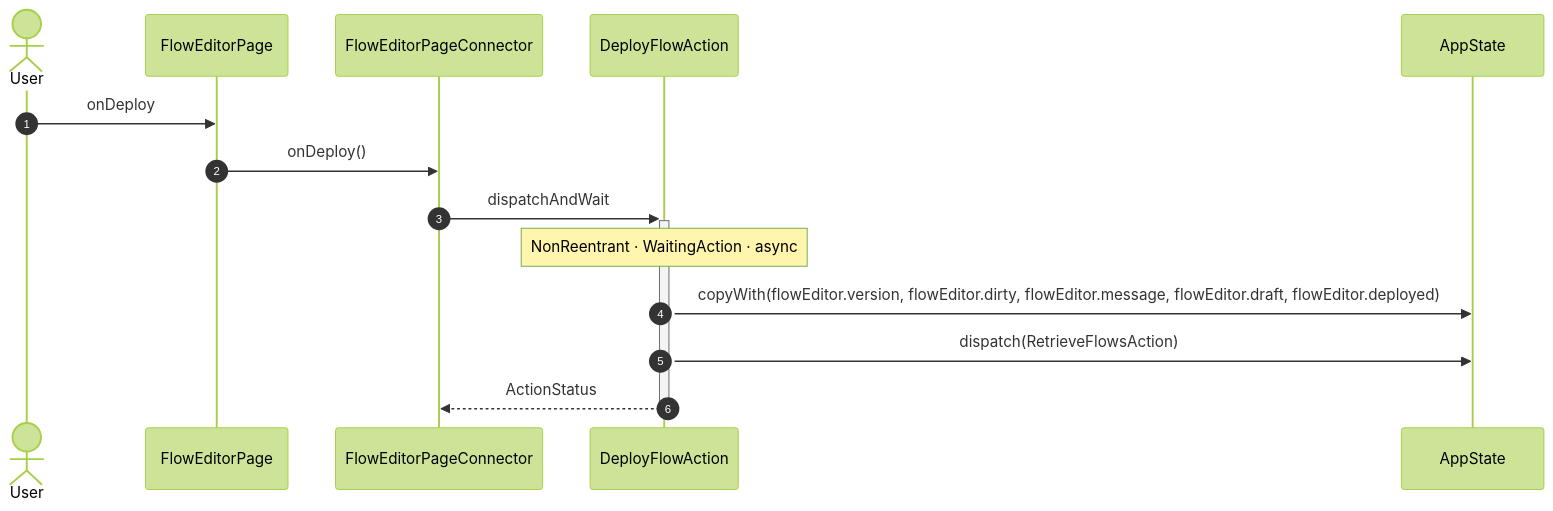
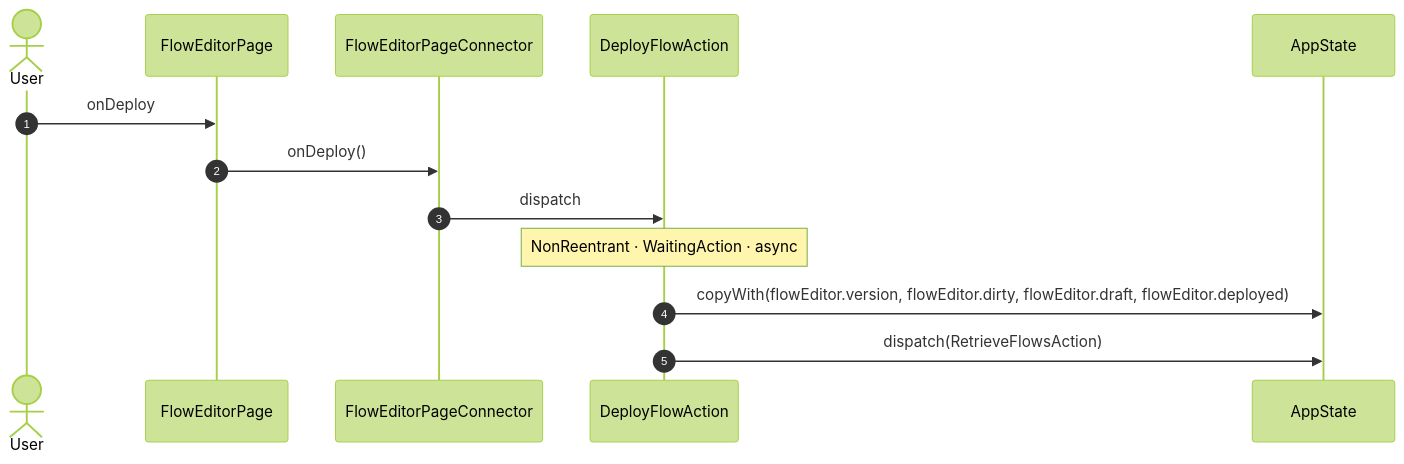
One commit to gencto/wyrm changed diagram 16 of 42 in studio/docs/flows/flowEditor.md. Above: the diagram before and after it, drawn with Mermaid (forest theme). The commit also changed other lines of this file and 49 other files, not shown here.

````diff
--- a/studio/docs/flows/flowEditor.md
+++ b/studio/docs/flows/flowEditor.md
@@ -321,17 +297,16 @@
 ```mermaid
 sequenceDiagram
     autonumber
     actor User
     participant UI as FlowEditorPage
     participant VM as FlowEditorPageConnector
     participant A1 as DeployFlowAction
     participant ST as AppState
 
     User->>UI: onDeploy
     UI->>VM: onDeploy()
-    VM->>+A1: dispatchAndWait
+    VM->>A1: dispatch
     Note over A1: NonReentrant · WaitingAction · async
-    A1->>ST: copyWith(flowEditor.version, flowEditor.dirty, flowEditor.message, flowEditor.draft, flowEditor.deployed)
+    A1->>ST: copyWith(flowEditor.version, flowEditor.dirty, flowEditor.draft, flowEditor.deployed)
     A1->>ST: dispatch(RetrieveFlowsAction)
-    A1-->>-VM: ActionStatus
 ```
````
